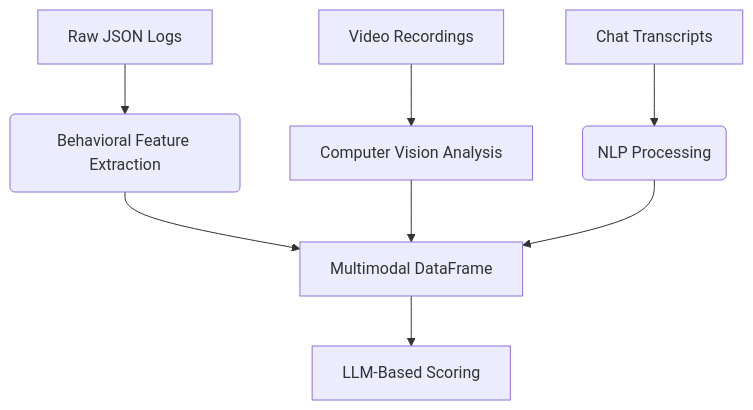
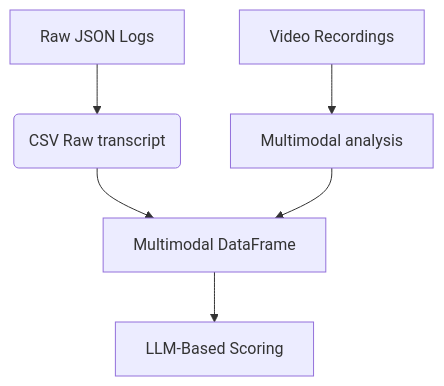
The diagram in Study3_Analysis/README.md (ashworks1706/CHART-ASIST-LAB), drawn with Mermaid before and after one commit. The commit also changed other lines of this file and 1 other file, not shown here.

````diff
--- a/Study3_Analysis/README.md
+++ b/Study3_Analysis/README.md
@@ -39,10 +45,8 @@
 ```mermaid
 graph TD
-    A[Raw JSON Logs] --> B(Behavioral Feature Extraction)
-    C[Video Recordings] --> D[Computer Vision Analysis]
-    E[Chat Transcripts] --> F(NLP Processing)
+    A[Raw JSON Logs] --> B(CSV Raw transcript)
+    C[Video Recordings] --> D[Multimodal analysis]
     B --> G[Multimodal DataFrame]
     D --> G
-    F --> G
     G --> H[LLM-Based Scoring]
 ```
````
